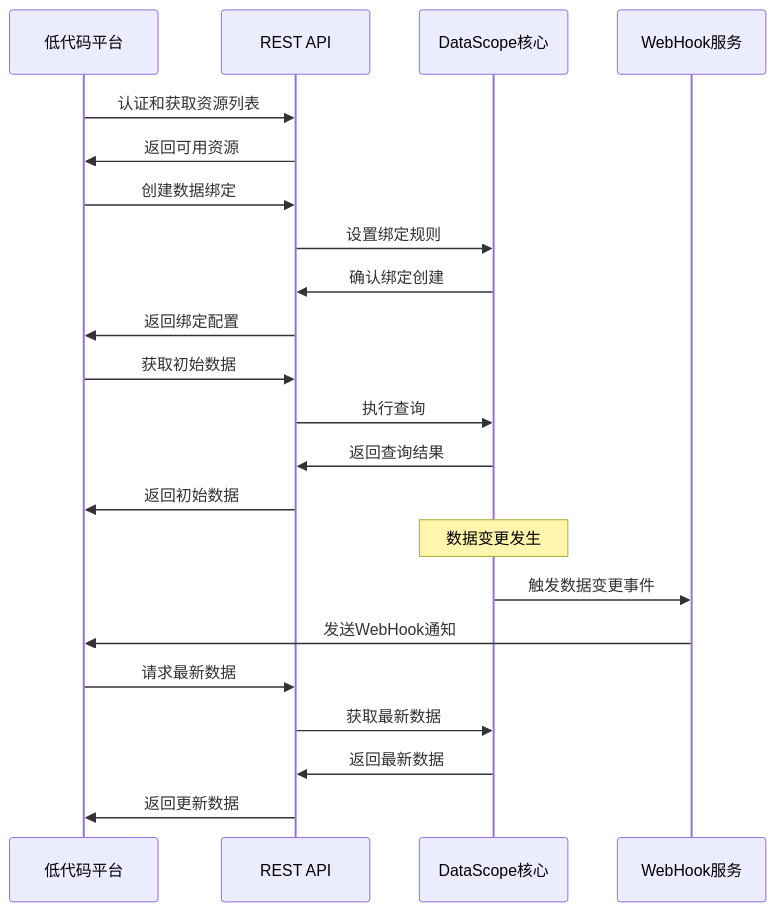
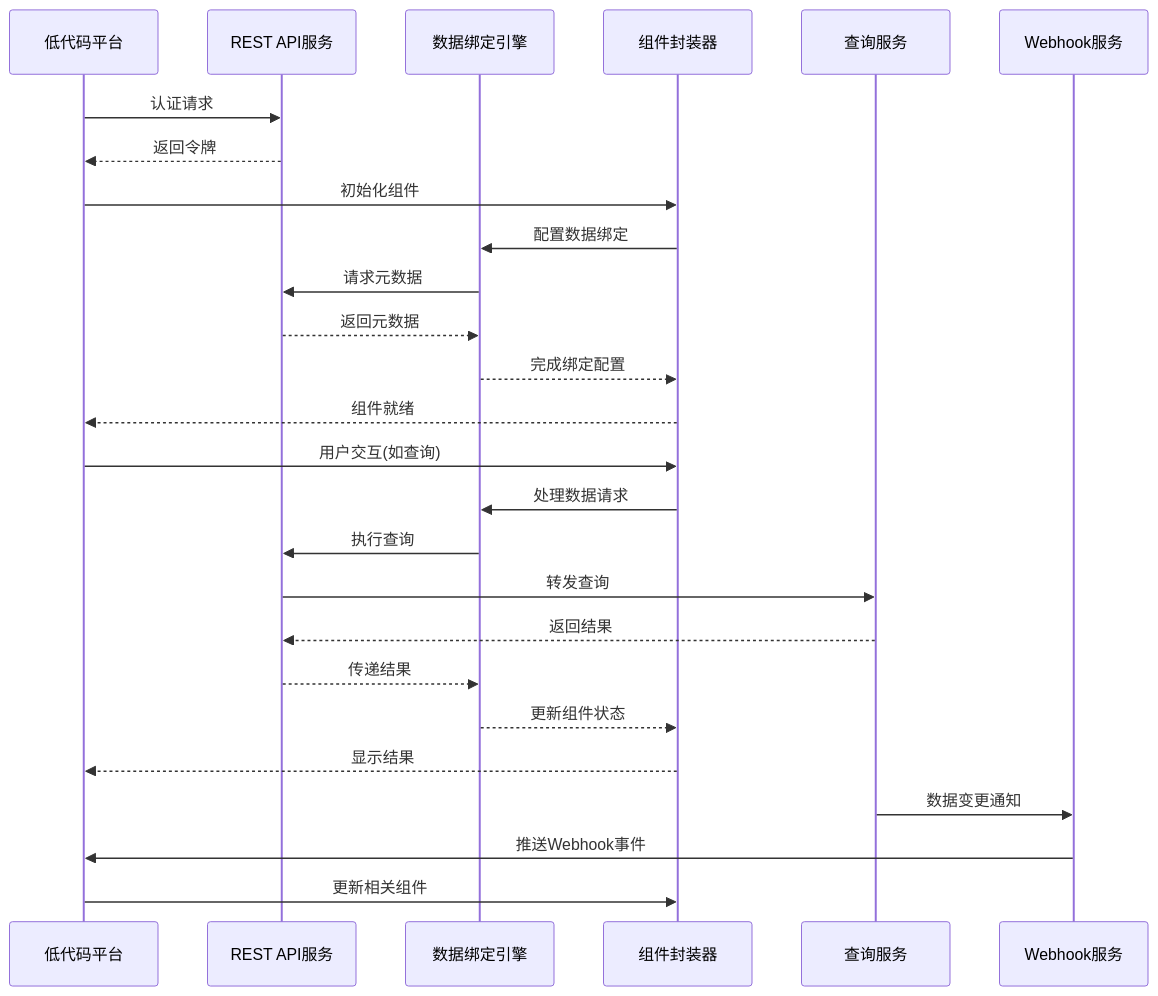
The second of 2 diagrams in docs/lowcode-integration/overview.md (im47cn/data-scope), drawn with Mermaid before and after one commit. The commit also changed other lines of this file and 29 other files, not shown here.

````diff
--- a/docs/lowcode-integration/overview.md
+++ b/docs/lowcode-integration/overview.md
@@ -305,28 +113,32 @@
 ```mermaid
 sequenceDiagram
     participant LC as 低代码平台
-    participant API as REST API
-    participant DS as DataScope核心
-    participant WH as WebHook服务
+    participant API as REST API服务
+    participant BE as 数据绑定引擎
+    participant CW as 组件封装器
+    participant QS as 查询服务
+    participant WH as Webhook服务
     
-    LC->>API: 认证和获取资源列表
-    API->>LC: 返回可用资源
+    LC->>API: 认证请求
+    API-->>LC: 返回令牌
     
-    LC->>API: 创建数据绑定
-    API->>DS: 设置绑定规则
-    DS->>API: 确认绑定创建
-    API->>LC: 返回绑定配置
+    LC->>CW: 初始化组件
+    CW->>BE: 配置数据绑定
+    BE->>API: 请求元数据
+    API-->>BE: 返回元数据
+    BE-->>CW: 完成绑定配置
+    CW-->>LC: 组件就绪
     
-    LC->>API: 获取初始数据
-    API->>DS: 执行查询
-    DS->>API: 返回查询结果
-    API->>LC: 返回初始数据
+    LC->>CW: 用户交互(如查询)
+    CW->>BE: 处理数据请求
+    BE->>API: 执行查询
+    API->>QS: 转发查询
+    QS-->>API: 返回结果
+    API-->>BE: 传递结果
+    BE-->>CW: 更新组件状态
+    CW-->>LC: 显示结果
     
-    Note over DS: 数据变更发生
-    DS->>WH: 触发数据变更事件
-    WH->>LC: 发送WebHook通知
-    LC->>API: 请求最新数据
-    API->>DS: 获取最新数据
-    DS->>API: 返回最新数据
-    API->>LC: 返回更新数据
+    QS->>WH: 数据变更通知
+    WH->>LC: 推送Webhook事件
+    LC->>CW: 更新相关组件
 ```
````
